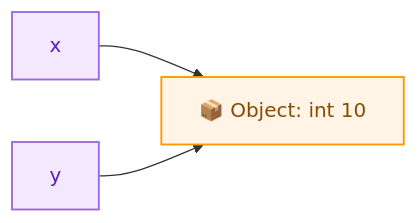
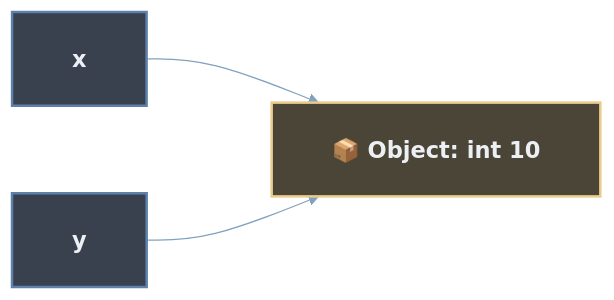
Before and after one commit to maliksiddiq/learning-agentic-ai: the third of 9 diagrams in 01_ Python_For_ Agentic_ Ai/01 Data types/Readme.md, drawn with Mermaid. The commit also changed other lines of this file, not shown here.

````diff
--- a/01_ Python_For_ Agentic_ Ai/01 Data types/Readme.md
+++ b/01_ Python_For_ Agentic_ Ai/01 Data types/Readme.md
@@ -168,10 +170,11 @@
 ```mermaid
+%%{init: {'theme': 'base', 'themeVariables': {'background': '#2E3440', 'primaryColor': '#3B4252', 'primaryTextColor': '#ECEFF4', 'primaryBorderColor': '#5E81AC', 'lineColor': '#81A1C1', 'edgeLabelBackground': '#3B4252', 'fontSize': '18px', 'fontFamily': 'Segoe UI, Arial, sans-serif'}, 'flowchart': {'useMaxWidth': true, 'htmlLabels': true, 'nodeSpacing': 70, 'rankSpacing': 100, 'curve': 'basis', 'padding': 24}} }%%
 flowchart LR
     x["x"] --> obj["📦 Object: int 10"]
     y["y"] --> obj
 
-    classDef name fill:#F3E8FD,color:#5B21B6,stroke:#9C6ADE,stroke-width:1.5px
-    classDef box fill:#FFF4E5,color:#8A4B00,stroke:#FF9800,stroke-width:1.5px
+    classDef name fill:#39404E,color:#ECEFF4,stroke:#5E81AC,stroke-width:2px,font-weight:600
+    classDef box fill:#4A4536,color:#ECEFF4,stroke:#EBCB8B,stroke-width:2px,font-weight:600
     class x,y name
     class obj box
 ```
````
